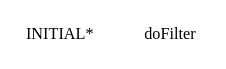
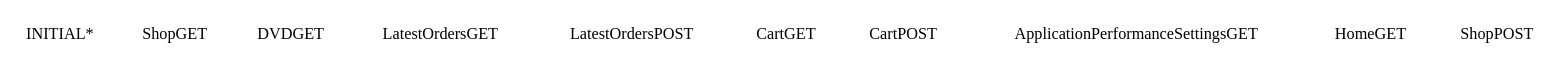
Before and after one commit to alperhi/wessbas.behaviorModelExtractor: the diagram in examples/inspectit/output/graph2.dot, drawn with Graphviz. The commit also changed 10 other files, not shown here.

```diff
--- a/examples/inspectit/output/graph2.dot
+++ b/examples/inspectit/output/graph2.dot
@@ -1,4 +1,12 @@
 digraph G {
 "INITIAL*" [label="INITIAL*",shape=none];
-"doFilter" [label="doFilter",shape=none];
+"ShopGET" [label="ShopGET",shape=none];
+"DVDGET" [label="DVDGET",shape=none];
+"LatestOrdersGET" [label="LatestOrdersGET",shape=none];
+"LatestOrdersPOST" [label="LatestOrdersPOST",shape=none];
+"CartGET" [label="CartGET",shape=none];
+"CartPOST" [label="CartPOST",shape=none];
+"ApplicationPerformanceSettingsGET" [label="ApplicationPerformanceSettingsGET",shape=none];
+"HomeGET" [label="HomeGET",shape=none];
+"ShopPOST" [label="ShopPOST",shape=none];
 }
```
